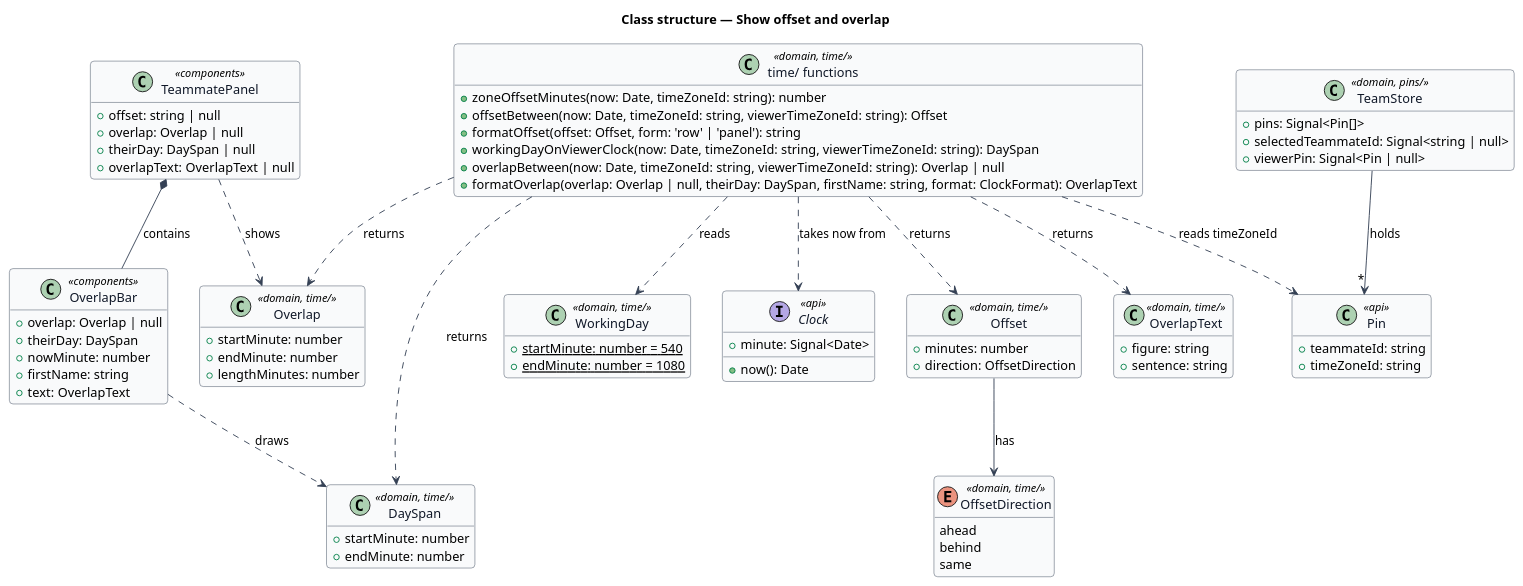
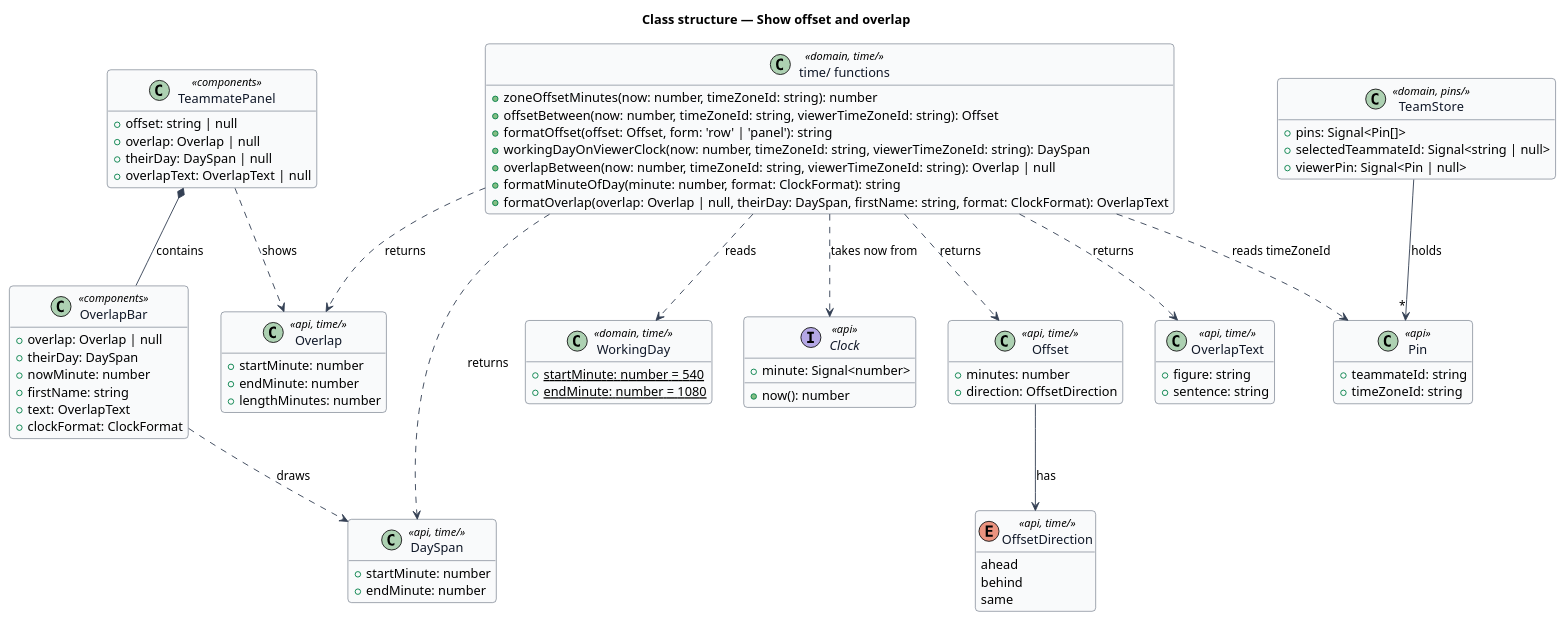
The diagram in docs/detailed-designs/time/show-offset-and-overlap/diagrams/class-structure.puml (QuinntyneBrown/Mondino), drawn with PlantUML before and after one commit. The commit also changed 6 other files, not shown here.

First line of the commit message:
Bring the offset and overlap design in line with the clock built and the mocks' words

```diff
--- a/docs/detailed-designs/time/show-offset-and-overlap/diagrams/class-structure.puml
+++ b/docs/detailed-designs/time/show-offset-and-overlap/diagrams/class-structure.puml
@@ -1,100 +1,102 @@
 @startuml
 skinparam backgroundColor #FFFFFF
 skinparam shadowing false
 skinparam roundcorner 8
 skinparam defaultFontName Arial
 skinparam ArrowColor #344054
 skinparam class {
   BorderColor #344054
   FontColor #101828
   BackgroundColor #F9FAFB
 }
 hide empty members
 title Class structure — Show offset and overlap
 
 
 class "time/ functions" as TimeFns <<domain, time/>> {
-  +zoneOffsetMinutes(now: Date, timeZoneId: string): number
-  +offsetBetween(now: Date, timeZoneId: string, viewerTimeZoneId: string): Offset
+  +zoneOffsetMinutes(now: number, timeZoneId: string): number
+  +offsetBetween(now: number, timeZoneId: string, viewerTimeZoneId: string): Offset
   +formatOffset(offset: Offset, form: 'row' | 'panel'): string
-  +workingDayOnViewerClock(now: Date, timeZoneId: string, viewerTimeZoneId: string): DaySpan
-  +overlapBetween(now: Date, timeZoneId: string, viewerTimeZoneId: string): Overlap | null
+  +workingDayOnViewerClock(now: number, timeZoneId: string, viewerTimeZoneId: string): DaySpan
+  +overlapBetween(now: number, timeZoneId: string, viewerTimeZoneId: string): Overlap | null
+  +formatMinuteOfDay(minute: number, format: ClockFormat): string
   +formatOverlap(overlap: Overlap | null, theirDay: DaySpan, firstName: string, format: ClockFormat): OverlapText
 }
 
-class DaySpan <<domain, time/>> {
+class DaySpan <<api, time/>> {
   +startMinute: number
   +endMinute: number
 }
 
-class OverlapText <<domain, time/>> {
+class OverlapText <<api, time/>> {
   +figure: string
   +sentence: string
 }
 
-class Offset <<domain, time/>> {
+class Offset <<api, time/>> {
   +minutes: number
   +direction: OffsetDirection
 }
 
-enum OffsetDirection <<domain, time/>> {
+enum OffsetDirection <<api, time/>> {
   ahead
   behind
   same
 }
 
-class Overlap <<domain, time/>> {
+class Overlap <<api, time/>> {
   +startMinute: number
   +endMinute: number
   +lengthMinutes: number
 }
 
 class WorkingDay <<domain, time/>> {
   +{static} startMinute: number = 540
   +{static} endMinute: number = 1080
 }
 
 interface Clock <<api>> {
-  +minute: Signal<Date>
-  +now(): Date
+  +minute: Signal<number>
+  +now(): number
 }
 
 class TeamStore <<domain, pins/>> {
   +pins: Signal<Pin[]>
   +selectedTeammateId: Signal<string | null>
   +viewerPin: Signal<Pin | null>
 }
 
 class Pin <<api>> {
   +teammateId: string
   +timeZoneId: string
 }
 
 class OverlapBar <<components>> {
   +overlap: Overlap | null
   +theirDay: DaySpan
   +nowMinute: number
   +firstName: string
   +text: OverlapText
+  +clockFormat: ClockFormat
 }
 
 class TeammatePanel <<components>> {
   +offset: string | null
   +overlap: Overlap | null
   +theirDay: DaySpan | null
   +overlapText: OverlapText | null
 }
 
 TimeFns ..> Offset : returns
 TimeFns ..> Overlap : returns
 TimeFns ..> DaySpan : returns
 TimeFns ..> OverlapText : returns
 OverlapBar ..> DaySpan : draws
 TimeFns ..> WorkingDay : reads
 Offset --> OffsetDirection : has
 TeamStore --> "*" Pin : holds
 TeammatePanel *-- OverlapBar : contains
 TeammatePanel ..> Overlap : shows
 TimeFns ..> Clock : takes now from
 TimeFns ..> Pin : reads timeZoneId
 @enduml
```
